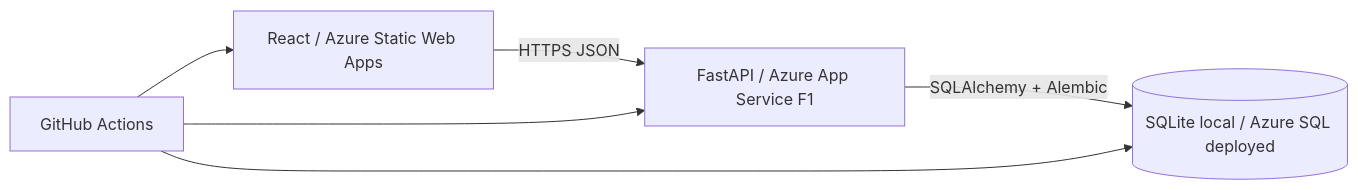
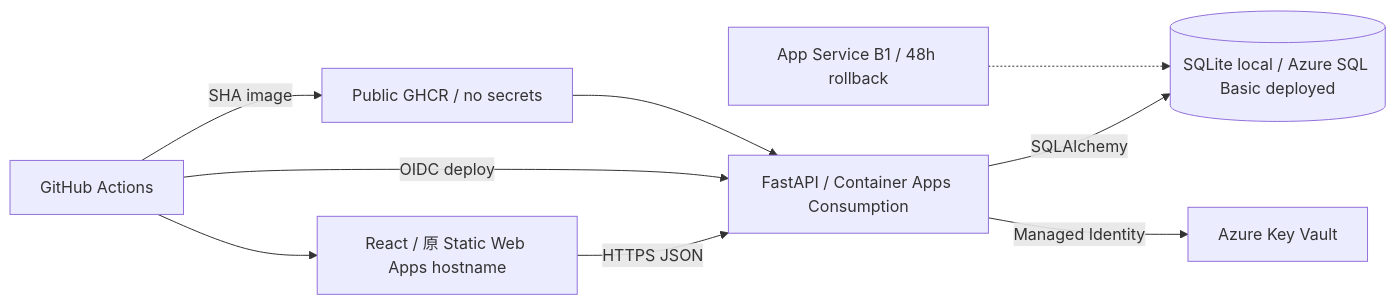
The diagram in docs/system-architecture.md (eric861129/Habit-Life-RPG), drawn with Mermaid before and after one commit. The commit also changed other lines of this file and 34 other files, not shown here.

````diff
--- a/docs/system-architecture.md
+++ b/docs/system-architecture.md
@@ -5,8 +5,11 @@
 ```mermaid
 flowchart LR
-    Browser["React / Azure Static Web Apps"] -->|"HTTPS JSON"| API["FastAPI / Azure App Service F1"]
-    API -->|"SQLAlchemy + Alembic"| DB[("SQLite local / Azure SQL deployed")]
+    Browser["React / 原 Static Web Apps hostname"] -->|"HTTPS JSON"| API["FastAPI / Container Apps Consumption"]
+    API -->|"SQLAlchemy"| DB[("SQLite local / Azure SQL Basic deployed")]
+    API -->|"Managed Identity"| KV["Azure Key Vault"]
+    Legacy["App Service B1 / 48h rollback"] -.-> DB
     Actions["GitHub Actions"] --> Browser
-    Actions --> API
-    Actions --> DB
+    Actions -->|"OIDC deploy"| API
+    Actions -->|"SHA image"| GHCR["Public GHCR / no secrets"]
+    GHCR --> API
 ```
````
